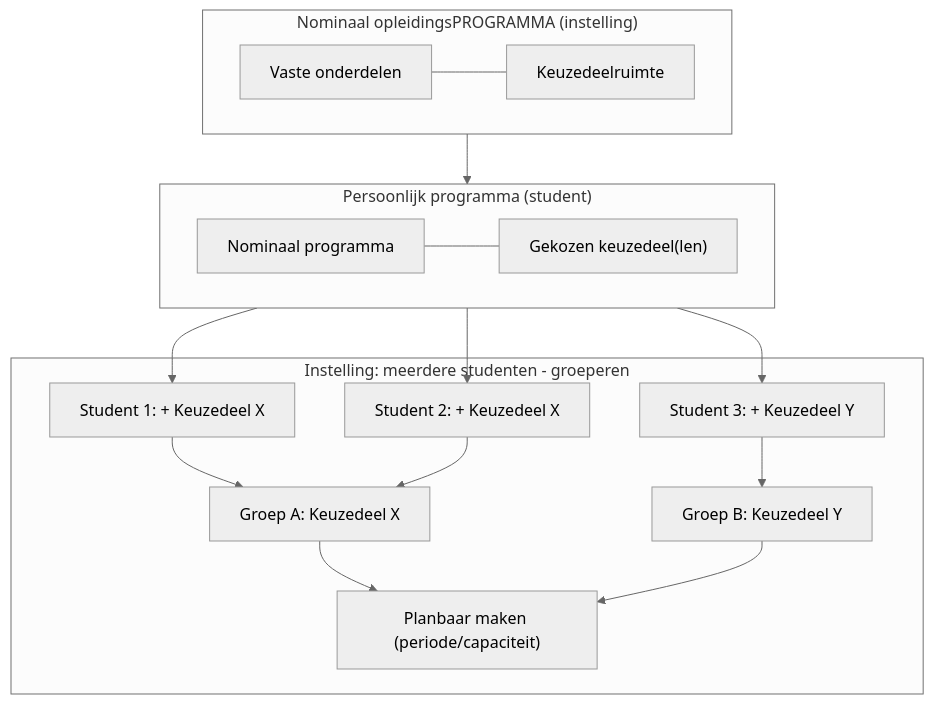
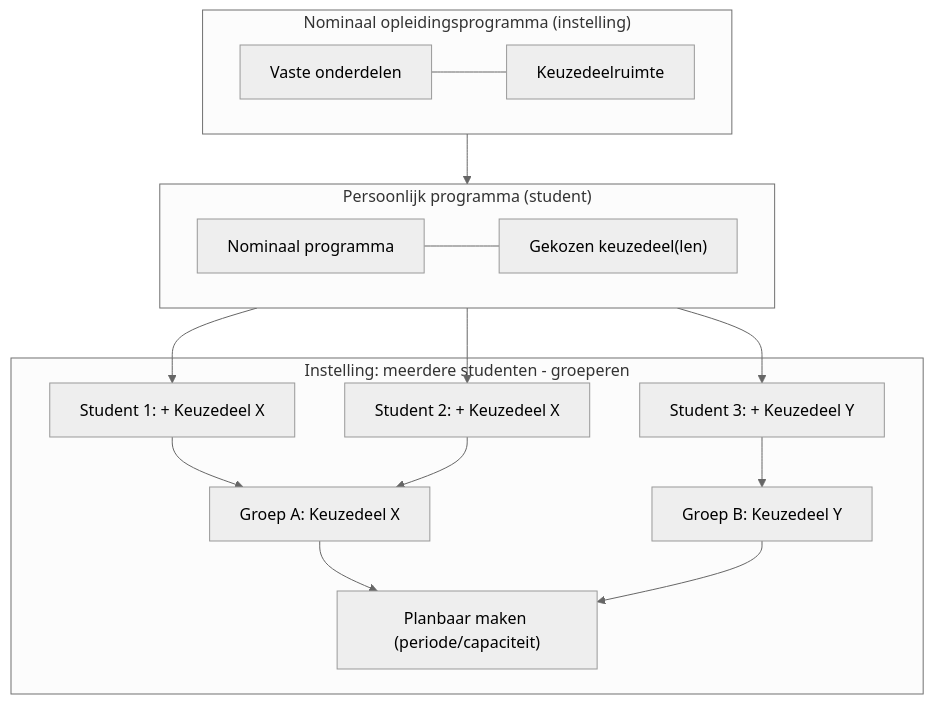
Before and after one commit to Npuls-OKx/sector-context-documentatie: the sixth of 35 diagrams in architecture/docs/specificatie/okx-oeapi-consumer-profiel/doc/20260501_Specificatie_document_OKx_OEAPI_profiel.md, drawn with Mermaid (neutral theme). The commit also changed other lines of this file, not shown here.

````diff
--- a/architecture/docs/specificatie/okx-oeapi-consumer-profiel/doc/20260501_Specificatie_document_OKx_OEAPI_profiel.md
+++ b/architecture/docs/specificatie/okx-oeapi-consumer-profiel/doc/20260501_Specificatie_document_OKx_OEAPI_profiel.md
@@ -298,27 +402,27 @@
 ```mermaid
 flowchart TB
-  subgraph N["Nominaal opleidingsPROGRAMMA (instelling)"]
+  subgraph N["Nominaal opleidingsprogramma (instelling)"]
     N1["Vaste onderdelen"] --- N2["Keuzedeelruimte"]
   end
 
   subgraph P["Persoonlijk programma (student)"]
     P1["Nominaal programma"] --- P2["Gekozen keuzedeel(len)"]
   end
 
   subgraph M["Instelling: meerdere studenten - groeperen"]
     S1["Student 1: + Keuzedeel X"]
     S2["Student 2: + Keuzedeel X"]
     S3["Student 3: + Keuzedeel Y"]
     G1["Groep A: Keuzedeel X"]
     G2["Groep B: Keuzedeel Y"]
     Plan["Planbaar maken (periode/capaciteit)"]
   end
 
   N --> P
   P --> S1
   P --> S2
   P --> S3
   S1 --> G1 --> Plan
   S2 --> G1
   S3 --> G2 --> Plan
 ```
````
